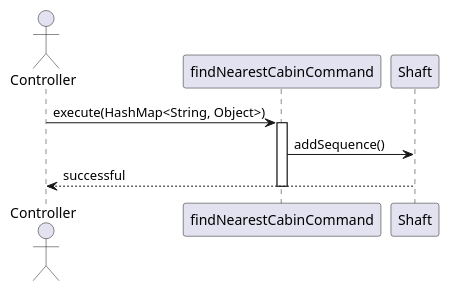
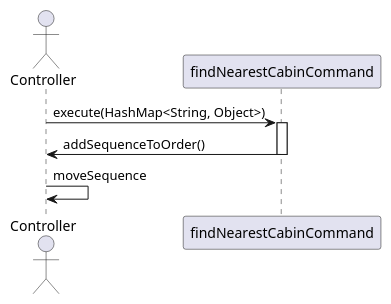
One commit to WhiteSnakeE/ElevatorDriver changed the diagram in src/documentation/command/findNearestCabinCommand.puml. Above: the diagram before and after it, drawn with PlantUML. The commit also changed 1 other file, not shown here.

Commit message:
change dependencies between SequenceOfStops, Controlle, Shaft

```diff
--- a/src/documentation/command/findNearestCabinCommand.puml
+++ b/src/documentation/command/findNearestCabinCommand.puml
@@ -1,11 +1,11 @@
 @startuml
 
 actor Controller
 
 Controller -> findNearestCabinCommand: execute(HashMap<String, Object>)
 activate findNearestCabinCommand
-findNearestCabinCommand -> Shaft: addSequence()
-Shaft --> Controller: successful
+findNearestCabinCommand -> Controller: addSequenceToOrder()
 deactivate findNearestCabinCommand
+Controller -> Controller: moveSequence
 
 @enduml
```
